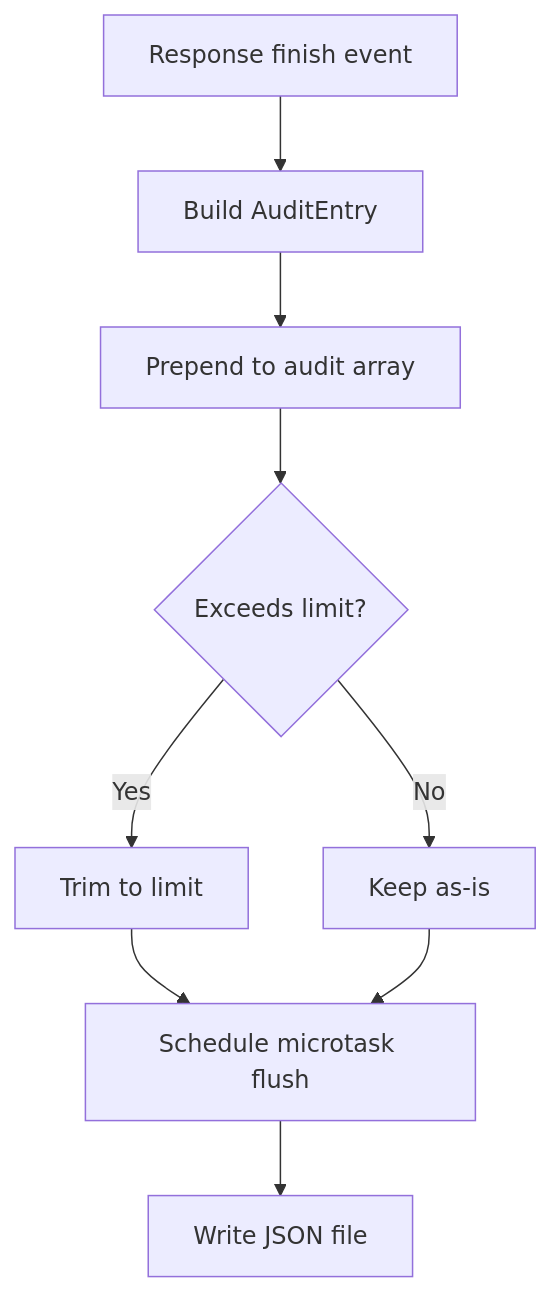
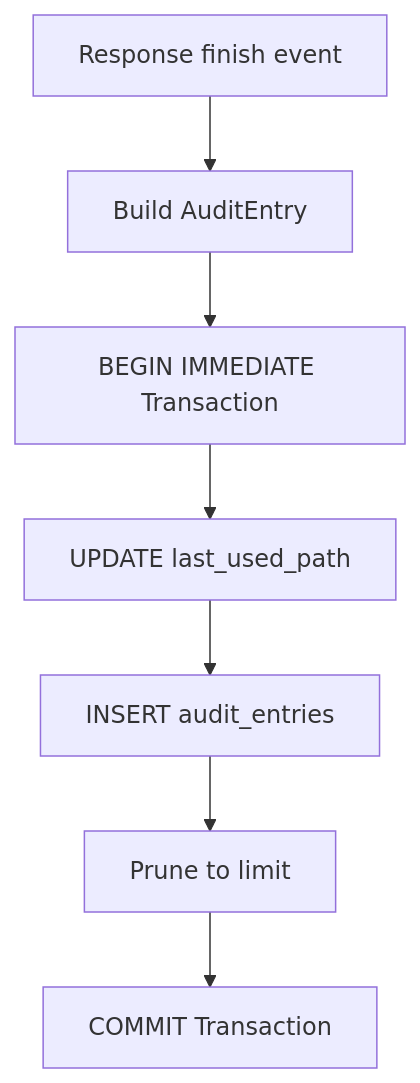
One commit to dlutwuwei/mihome-web changed the ninth of 10 diagrams in .qoder/repowiki/en/content/Security & Authentication/API Key Management.md. Above: the diagram before and after it, drawn with Mermaid. The commit also changed other lines of this file and 84 other files, not shown here.

````diff
--- a/.qoder/repowiki/en/content/Security & Authentication/API Key Management.md
+++ b/.qoder/repowiki/en/content/Security & Authentication/API Key Management.md
@@ -263,11 +321,9 @@
 ```mermaid
 flowchart TD
 Finish["Response finish event"] --> Build["Build AuditEntry"]
-Build --> Insert["Prepend to audit array"]
-Insert --> Trim{"Exceeds limit?"}
-Trim --> |Yes| Cut["Trim to limit"]
-Trim --> |No| Keep["Keep as-is"]
-Cut --> Schedule["Schedule microtask flush"]
-Keep --> Schedule
-Schedule --> Persist["Write JSON file"]
+Build --> BeginTx["BEGIN IMMEDIATE Transaction"]
+BeginTx --> UpdateKey["UPDATE last_used_path"]
+UpdateKey --> InsertAudit["INSERT audit_entries"]
+InsertAudit --> PruneAudit["Prune to limit"]
+PruneAudit --> CommitTx["COMMIT Transaction"]
 ```
````
